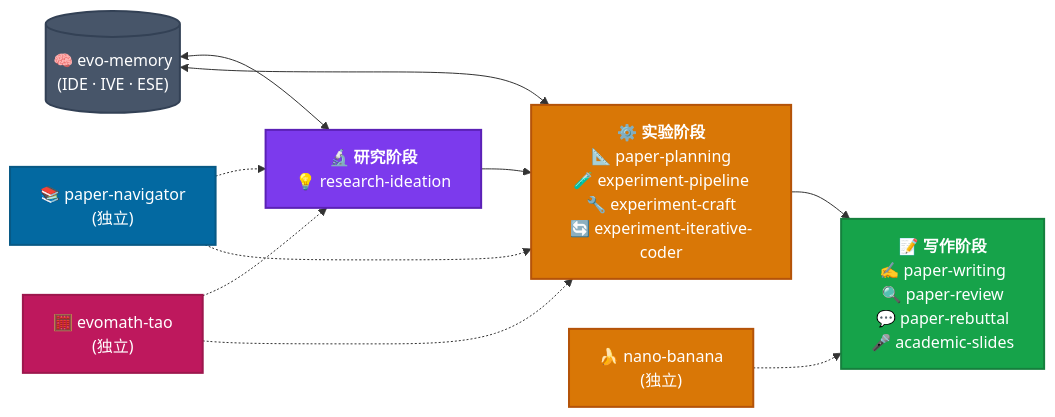
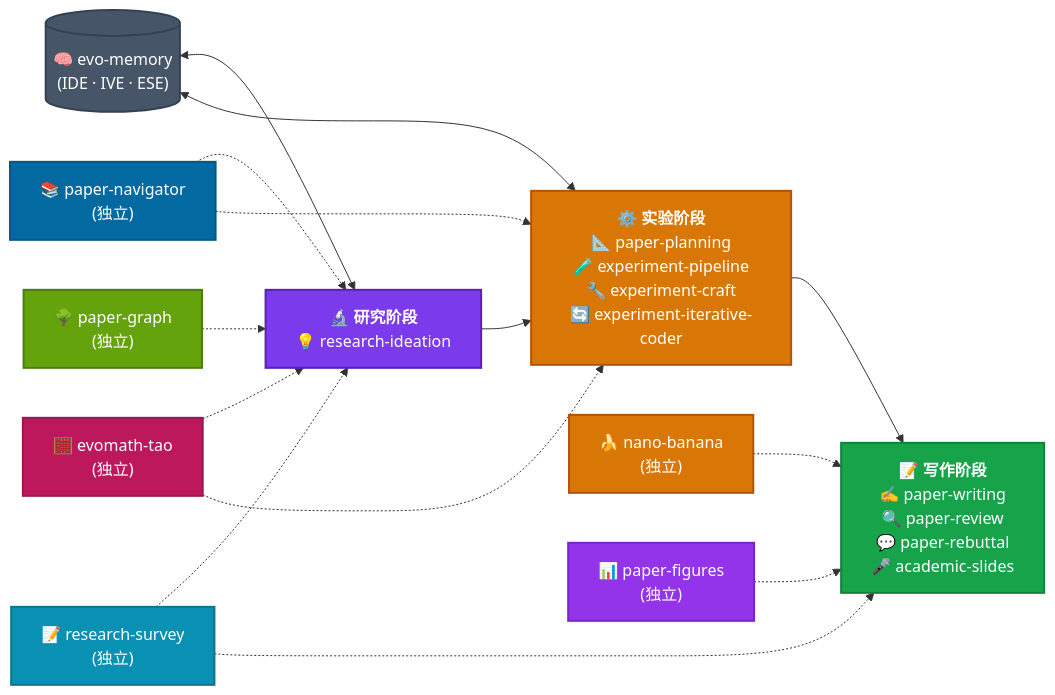
The diagram in README.zh-CN.md (EvoScientist/EvoSkills), drawn with Mermaid before and after one commit. The commit also changed 1 other file, not shown here.

Commit message:
fix(README): update pipeline diagram to include new skills in English and Chinese versions (#35)

````diff
--- a/README.zh-CN.md
+++ b/README.zh-CN.md
@@ -93,22 +93,29 @@
 ```mermaid
 flowchart LR
     A["<b>🔬 研究阶段</b><br/>💡 research-ideation"]
     --> B["<b>⚙️ 实验阶段</b><br/>📐 paper-planning<br/>🧪 experiment-pipeline<br/>🔧 experiment-craft<br/>🔄 experiment-iterative-coder"]
     --> C["<b>📝 写作阶段</b><br/>✍️ paper-writing<br/>🔍 paper-review<br/>💬 paper-rebuttal<br/>🎤 academic-slides"]
 
     D[("🧠 evo-memory<br/>(IDE · IVE · ESE)")] <--> A
     D <--> B
     E["📚 paper-navigator<br/>(独立)"] -.-> A
     E -.-> B
     F["🍌 nano-banana<br/>(独立)"] -.-> C
     G["🧮 evomath-tao<br/>(独立)"] -.-> A
     G -.-> B
+    H["📝 research-survey<br/>(独立)"] -.-> A
+    H -.-> C
+    I["🌳 paper-graph<br/>(独立)"] -.-> A
+    J["📊 paper-figures<br/>(独立)"] -.-> C
 
     style A fill:#7C3AED,stroke:#5B21B6,stroke-width:2px,color:#fff
     style B fill:#D97706,stroke:#B45309,stroke-width:2px,color:#fff
     style C fill:#16A34A,stroke:#15803D,stroke-width:2px,color:#fff
     style D fill:#475569,stroke:#334155,stroke-width:2px,color:#fff
     style E fill:#0369A1,stroke:#075985,stroke-width:2px,color:#fff
     style F fill:#D97706,stroke:#B45309,stroke-width:2px,color:#fff
     style G fill:#BE185D,stroke:#9D174D,stroke-width:2px,color:#fff
+    style H fill:#0891B2,stroke:#0E7490,stroke-width:2px,color:#fff
+    style I fill:#65A30D,stroke:#4D7C0F,stroke-width:2px,color:#fff
+    style J fill:#9333EA,stroke:#7E22CE,stroke-width:2px,color:#fff
 ```
````
